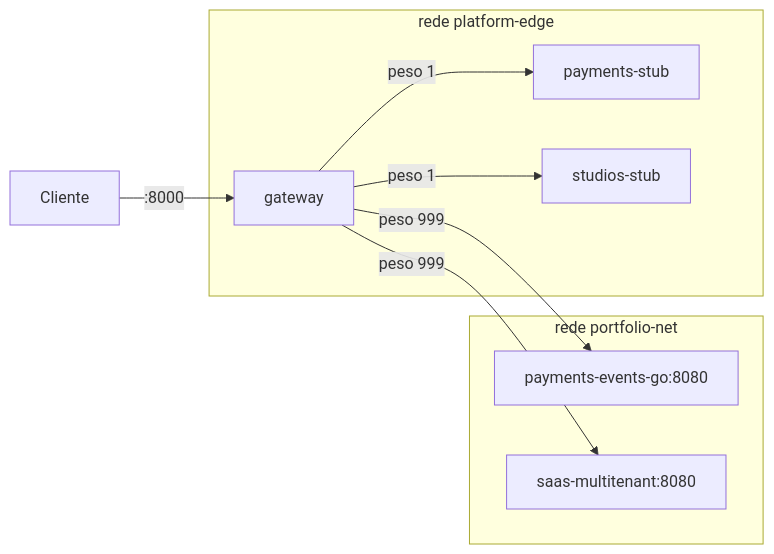
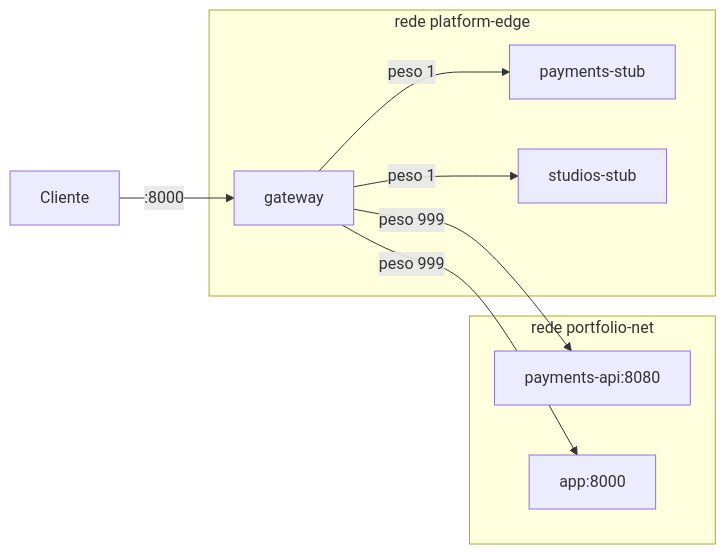
The diagram in docs/rede-portfolio.md (JohnnyMatteus/platform-edge), drawn with Mermaid before and after one commit. The commit also changed other lines of this file and 13 other files, not shown here.

````diff
--- a/docs/rede-portfolio.md
+++ b/docs/rede-portfolio.md
@@ -5,17 +5,17 @@
 ```mermaid
 flowchart LR
     client[Cliente] -->|:8000| gw[gateway]
     subgraph edge [rede platform-edge]
         gw
         ps[payments-stub]
         ss[studios-stub]
     end
     subgraph pnet [rede portfolio-net]
-        pe[payments-events-go:8080]
-        sm[saas-multitenant:8080]
+        pe[payments-api:8080]
+        sm[app:8000]
     end
     gw -- peso 999 --> pe
     gw -- peso 1 --> ps
     gw -- peso 999 --> sm
     gw -- peso 1 --> ss
 ```
````
